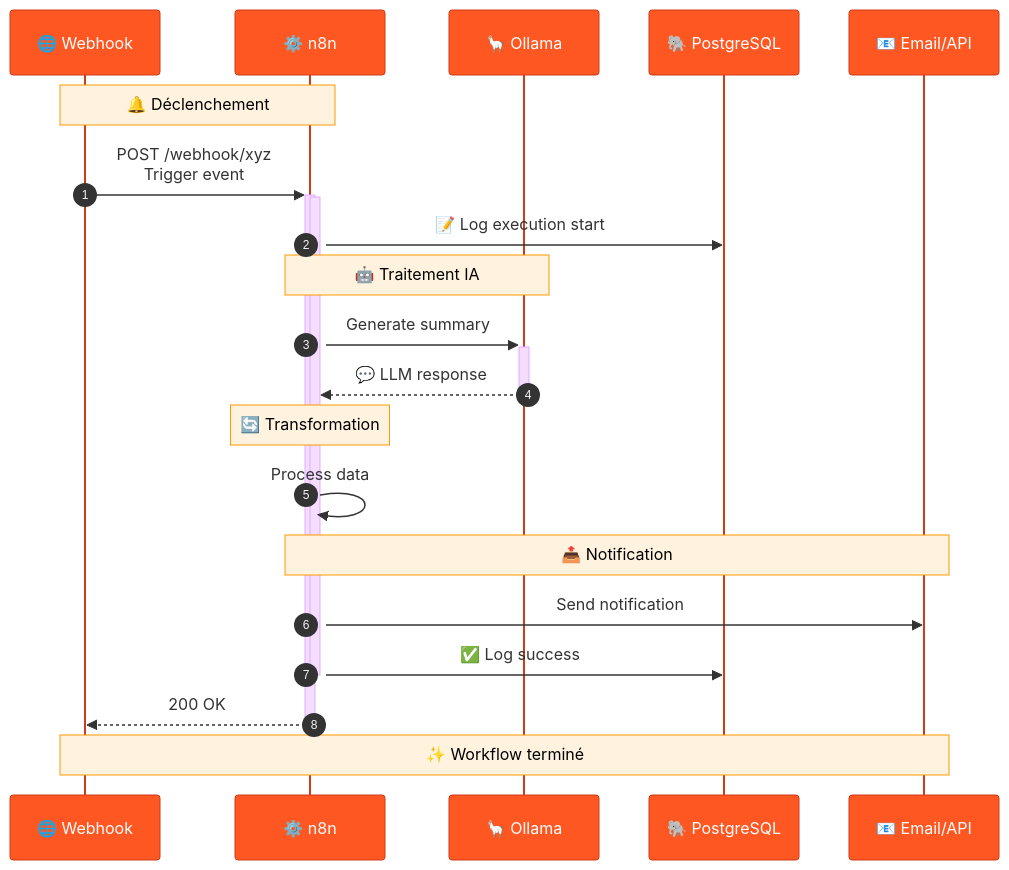
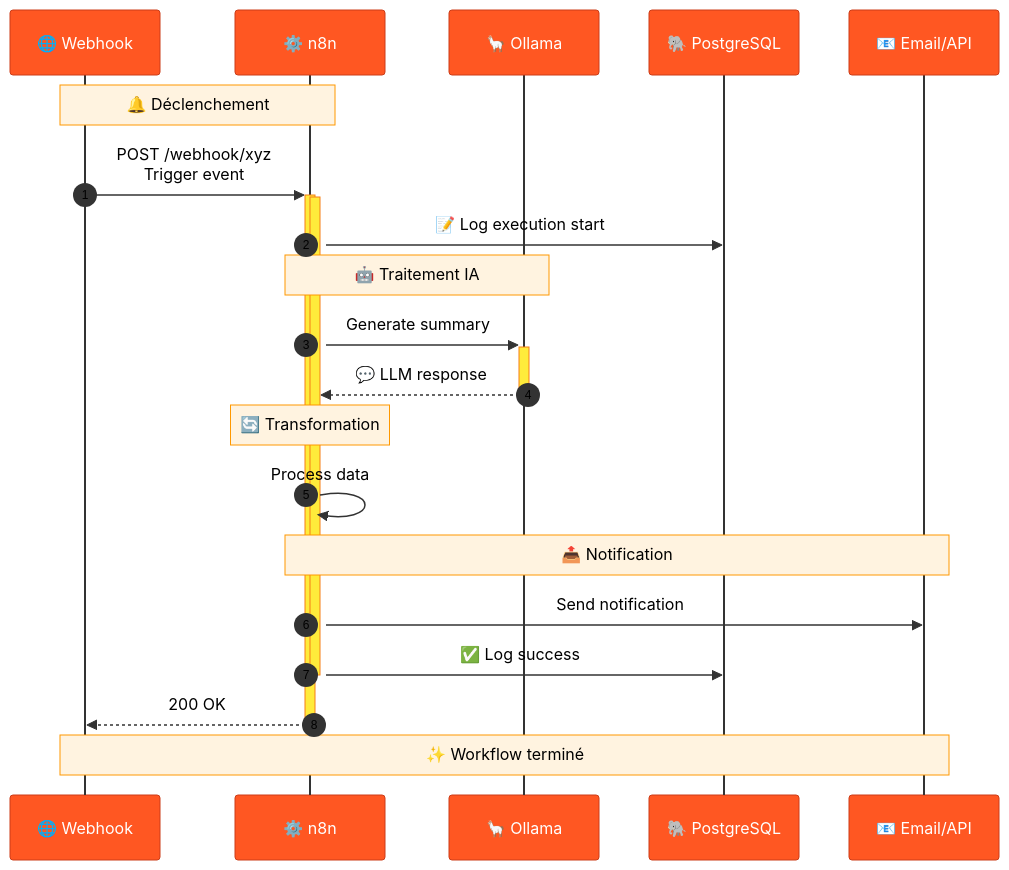
The ninth of 14 diagrams in docs/ARCHITECTURE.md (MPFabio/Stack-IA), drawn with Mermaid before and after one commit. The commit also changed other lines of this file, not shown here.

First line of the commit message:
fix(docs): Fond blanc + couleurs vives pour tous les diagrammes

````diff
--- a/docs/ARCHITECTURE.md
+++ b/docs/ARCHITECTURE.md
@@ -537,33 +539,33 @@
 ```mermaid
-%%{init: {'theme':'base', 'themeVariables': {'actorBkg':'#FF5722','actorBorder':'#cc3d18','actorTextColor':'#fff','noteBkgColor':'#fff3e0','noteTextColor':'#000','noteBorderColor':'#ff9800'}}}%%
+%%{init: {'theme':'base', 'themeVariables': {'background':'#ffffff','mainBkg':'#ffffff','actorBkg':'#FF5722','actorBorder':'#cc3d18','actorTextColor':'#fff','actorLineColor':'#333','noteBkgColor':'#fff3e0','noteTextColor':'#000','noteBorderColor':'#ff9800','signalColor':'#333','signalTextColor':'#000','labelBoxBkgColor':'#e3f2fd','labelTextColor':'#000','loopTextColor':'#000','activationBkgColor':'#ffeb3b','activationBorderColor':'#f57f17','sequenceNumberColor':'#000'}}}%%
 sequenceDiagram
     autonumber
     participant W as 🌐 Webhook
     participant N as ⚙️ n8n
     participant O as 🦙 Ollama
     participant P as 🐘 PostgreSQL
     participant E as 📧 Email/API
     
     Note over W,N: 🔔 Déclenchement
     W->>+N: POST /webhook/xyz<br/>Trigger event
     
     activate N
     N->>P: 📝 Log execution start
     
     Note over N,O: 🤖 Traitement IA
     N->>+O: Generate summary
     O-->>-N: 💬 LLM response
     
     Note over N: 🔄 Transformation
     N->>N: Process data
     
     Note over N,E: 📤 Notification
     N->>E: Send notification
     
     N->>P: ✅ Log success
     deactivate N
     
     N-->>-W: 200 OK
     
     Note over W,E: ✨ Workflow terminé
 ```
````
